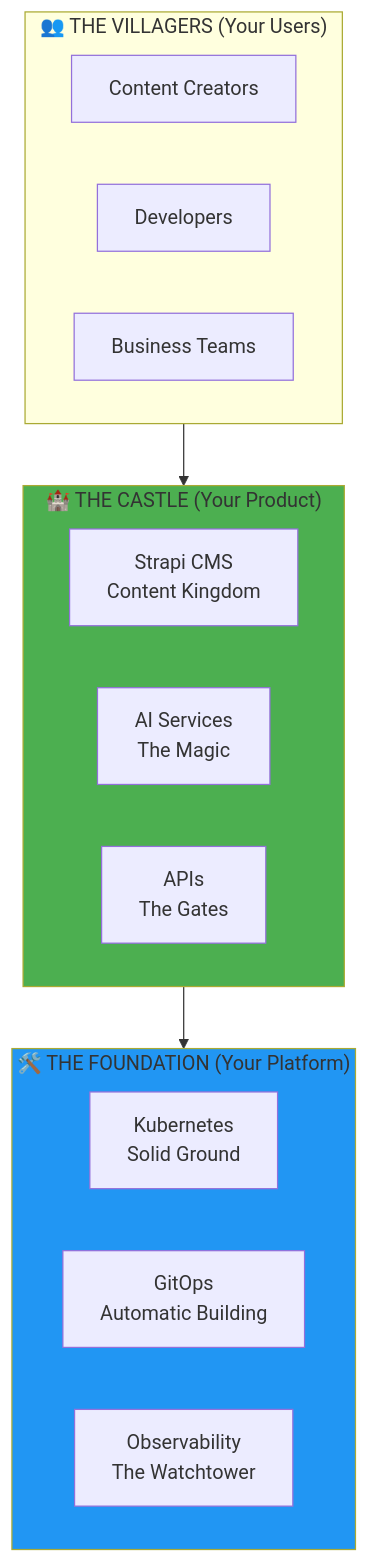
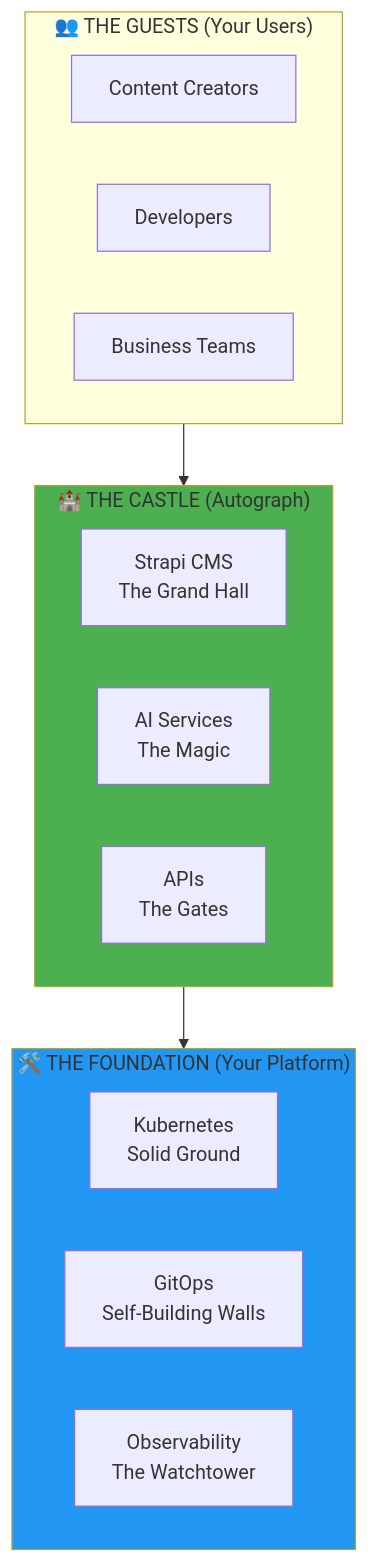
The second of 7 diagrams in DevOps/README.md (PearlThoughtsInternship/Internship-Obsidian-Vault), drawn with Mermaid before and after one commit. The commit also changed other lines of this file and 1 other file, not shown here.

First line of the commit message:
rebrand: Autograph with Cinderella narrative

````diff
--- a/DevOps/README.md
+++ b/DevOps/README.md
@@ -62,26 +66,26 @@
 ```mermaid
 flowchart TB
-    subgraph Product["🏰 THE CASTLE (Your Product)"]
-        CMS["Strapi CMS<br/>Content Kingdom"]
+    subgraph Product["🏰 THE CASTLE (Autograph)"]
+        CMS["Strapi CMS<br/>The Grand Hall"]
         AI["AI Services<br/>The Magic"]
         API["APIs<br/>The Gates"]
     end
 
-    subgraph Users["👥 THE VILLAGERS (Your Users)"]
+    subgraph Users["👥 THE GUESTS (Your Users)"]
         Creators["Content Creators"]
         Devs["Developers"]
         Business["Business Teams"]
     end
 
     subgraph Platform["🛠️ THE FOUNDATION (Your Platform)"]
         K8s["Kubernetes<br/>Solid Ground"]
-        GitOps["GitOps<br/>Automatic Building"]
+        GitOps["GitOps<br/>Self-Building Walls"]
         Obs["Observability<br/>The Watchtower"]
     end
 
     Users --> Product
     Product --> Platform
 
     style Product fill:#4CAF50
     style Platform fill:#2196F3
 ```
````
